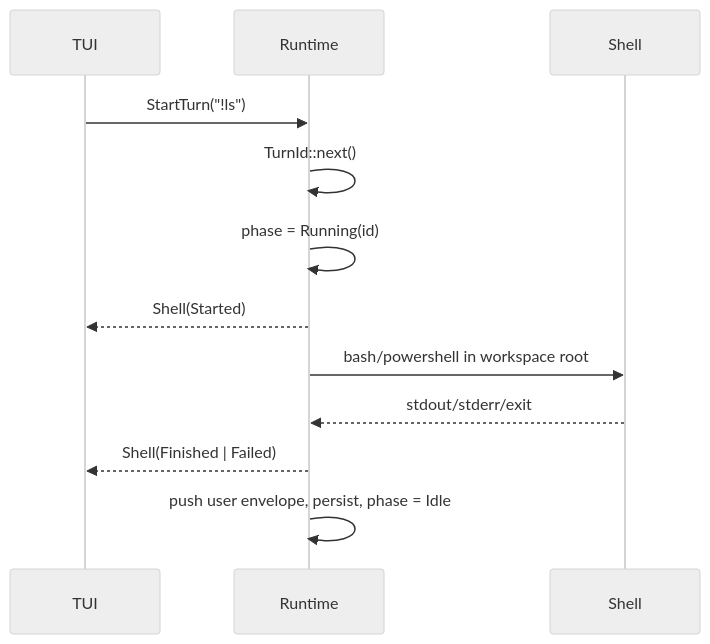
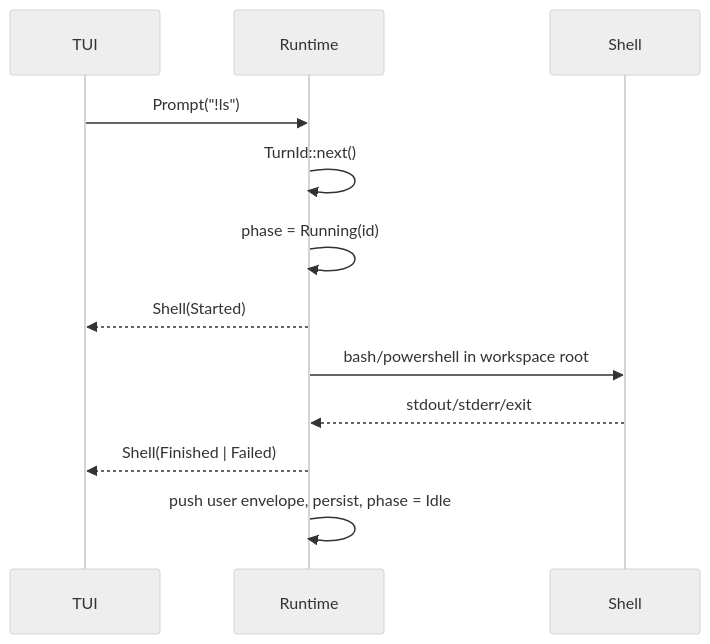
One commit to guuzaa/oven changed the fifth of 5 diagrams in docs/architectures.md. Above: the diagram before and after it, drawn with Mermaid (neutral theme). The commit also changed other lines of this file and 11 other files, not shown here.

````diff
--- a/docs/architectures.md
+++ b/docs/architectures.md
@@ -395,15 +420,15 @@
 ```mermaid
 sequenceDiagram
     participant TUI
     participant Runtime
     participant Shell
 
-    TUI->>Runtime: StartTurn("!ls")
+    TUI->>Runtime: Prompt("!ls")
     Runtime->>Runtime: TurnId::next()
     Runtime->>Runtime: phase = Running(id)
     Runtime-->>TUI: Shell(Started)
     Runtime->>Shell: bash/powershell in workspace root
     Shell-->>Runtime: stdout/stderr/exit
     Runtime-->>TUI: Shell(Finished | Failed)
     Runtime->>Runtime: push user envelope, persist, phase = Idle
 ```
````
